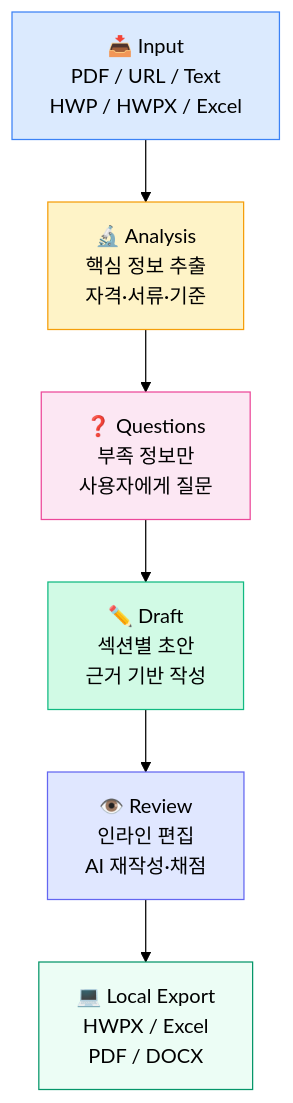
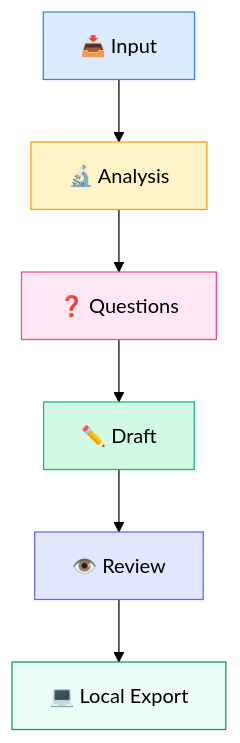
The fourth of 6 diagrams in README.md (mingyugim090-debug/DockLive), drawn with Mermaid (forest theme) before and after one commit. The commit also changed other lines of this file, not shown here.

Commit message:
docs: Production URL 수정 및 다이어그램 크기(레이아웃) 최적화

````diff
--- a/README.md
+++ b/README.md
@@ -266,18 +255,13 @@
 ```mermaid
 flowchart TB
-    A["📥 Input<br/>PDF / URL / Text<br/>HWP / HWPX / Excel"]
-    B["🔬 Analysis<br/>핵심 정보 추출<br/>자격·서류·기준"]
-    C["❓ Questions<br/>부족 정보만<br/>사용자에게 질문"]
-    D["✏️ Draft<br/>섹션별 초안<br/>근거 기반 작성"]
-    E["👁️ Review<br/>인라인 편집<br/>AI 재작성·채점"]
-    F["💻 Local Export<br/>HWPX / Excel<br/>PDF / DOCX"]
-
-    A --> B --> C --> D --> E --> F
+    A["📥 Input"] --> B["🔬 Analysis"]
+    B --> C["❓ Questions"] --> D["✏️ Draft"]
+    D --> E["👁️ Review"] --> F["💻 Local Export"]
 
     style A fill:#dbeafe,stroke:#3b82f6,color:#000
     style B fill:#fef3c7,stroke:#f59e0b,color:#000
     style C fill:#fce7f3,stroke:#ec4899,color:#000
     style D fill:#d1fae5,stroke:#10b981,color:#000
     style E fill:#e0e7ff,stroke:#6366f1,color:#000
     style F fill:#ecfdf5,stroke:#059669,color:#000
 ```
````
